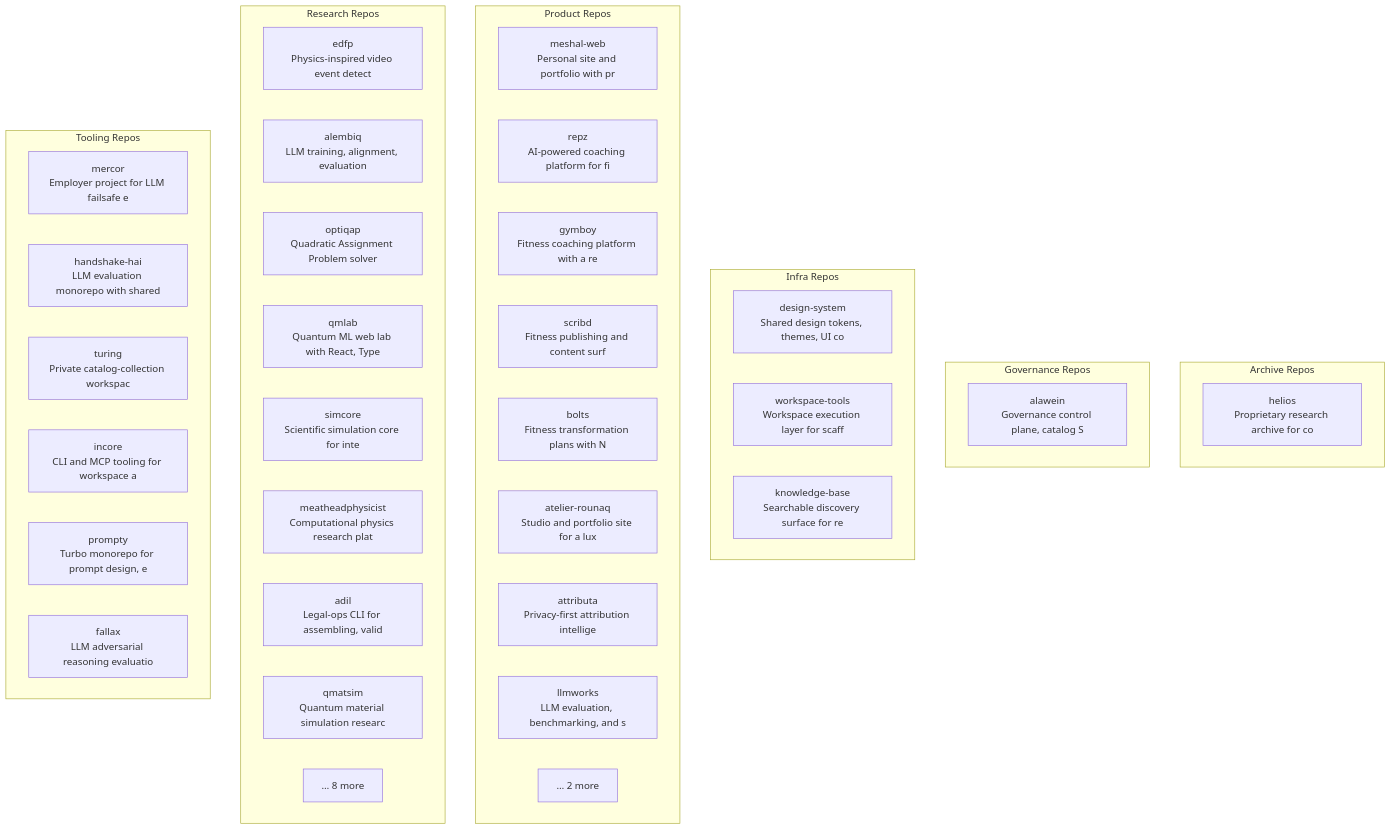
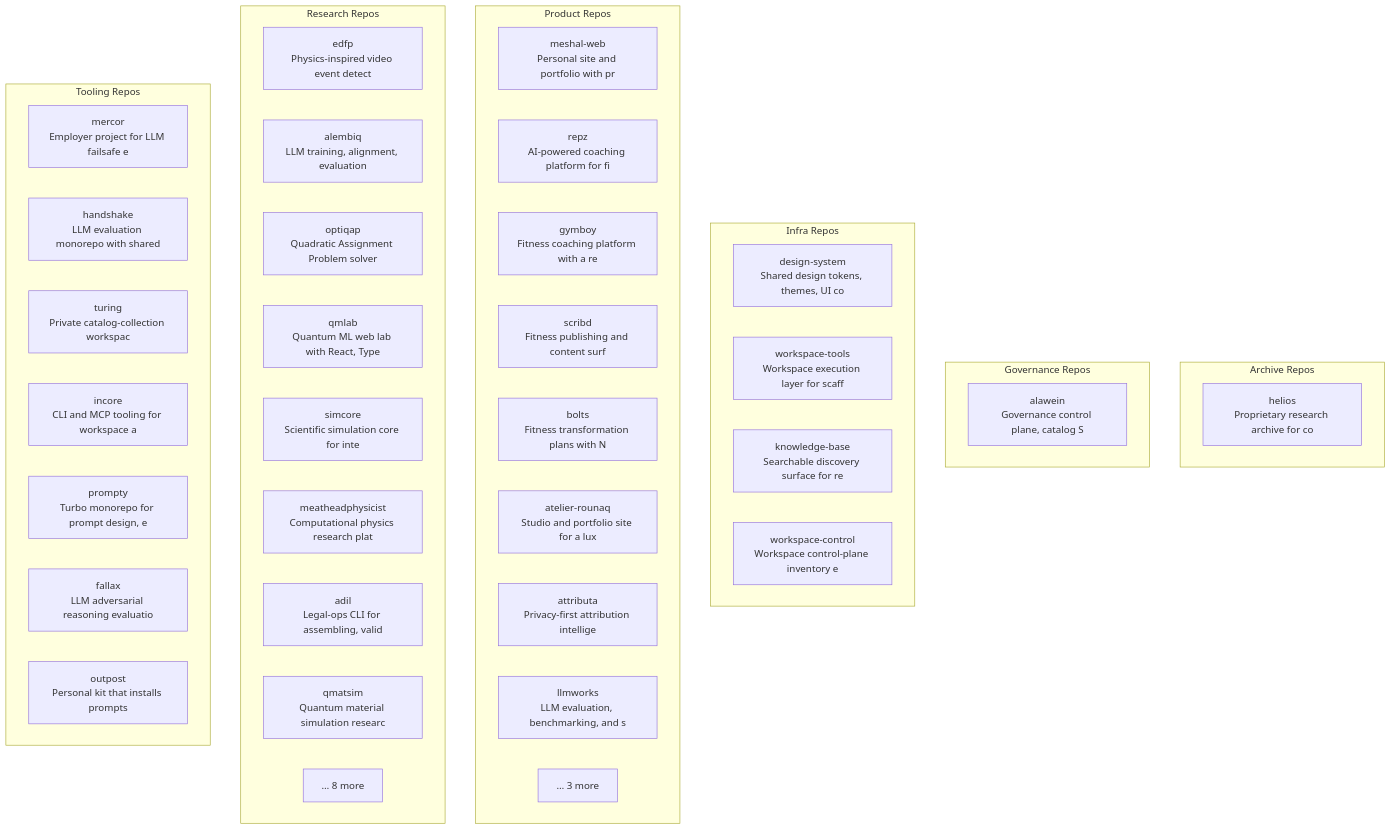
Before and after one commit to alawein/alawein: the second of 6 diagrams in docs/architecture.md, drawn with Mermaid. The commit also changed other lines of this file, not shown here.

Commit message:
docs(arch): auto-update repo topology from catalog/repos.json

````diff
--- a/docs/architecture.md
+++ b/docs/architecture.md
@@ -64,44 +64,46 @@
 ```mermaid
 graph TB
   subgraph archive["Archive Repos"]
     helios["helios\nProprietary research archive for co"]
   end
   subgraph governance["Governance Repos"]
     alawein["alawein\nGovernance control plane, catalog S"]
   end
   subgraph infra["Infra Repos"]
     design_system["design-system\nShared design tokens, themes, UI co"]
     workspace_tools["workspace-tools\nWorkspace execution layer for scaff"]
     knowledge_base["knowledge-base\nSearchable discovery surface for re"]
+    workspace_control["workspace-control\nWorkspace control-plane inventory e"]
   end
   subgraph product["Product Repos"]
     meshal_web["meshal-web\nPersonal site and portfolio with pr"]
     repz["repz\nAI-powered coaching platform for fi"]
     gymboy["gymboy\nFitness coaching platform with a re"]
     scribd["scribd\nFitness publishing and content surf"]
     bolts["bolts\nFitness transformation plans with N"]
     atelier_rounaq["atelier-rounaq\nStudio and portfolio site for a lux"]
     attributa["attributa\nPrivacy-first attribution intellige"]
     llmworks["llmworks\nLLM evaluation, benchmarking, and s"]
-    more_product["… 2 more"]
+    more_product["… 3 more"]
   end
   subgraph research["Research Repos"]
     edfp["edfp\nPhysics-inspired video event detect"]
     alembiq["alembiq\nLLM training, alignment, evaluation"]
     optiqap["optiqap\nQuadratic Assignment Problem solver"]
     qmlab["qmlab\nQuantum ML web lab with React, Type"]
     simcore["simcore\nScientific simulation core for inte"]
     meatheadphysicist["meatheadphysicist\nComputational physics research plat"]
     adil["adil\nLegal-ops CLI for assembling, valid"]
     qmatsim["qmatsim\nQuantum material simulation researc"]
     more_research["… 8 more"]
   end
   subgraph tooling["Tooling Repos"]
     mercor["mercor\nEmployer project for LLM failsafe e"]
-    handshake_hai["handshake-hai\nLLM evaluation monorepo with shared"]
+    handshake["handshake\nLLM evaluation monorepo with shared"]
     turing["turing\nPrivate catalog-collection workspac"]
     incore["incore\nCLI and MCP tooling for workspace a"]
     prompty["prompty\nTurbo monorepo for prompt design, e"]
     fallax["fallax\nLLM adversarial reasoning evaluatio"]
+    outpost["outpost\nPersonal kit that installs prompts "]
   end
 ```
````
